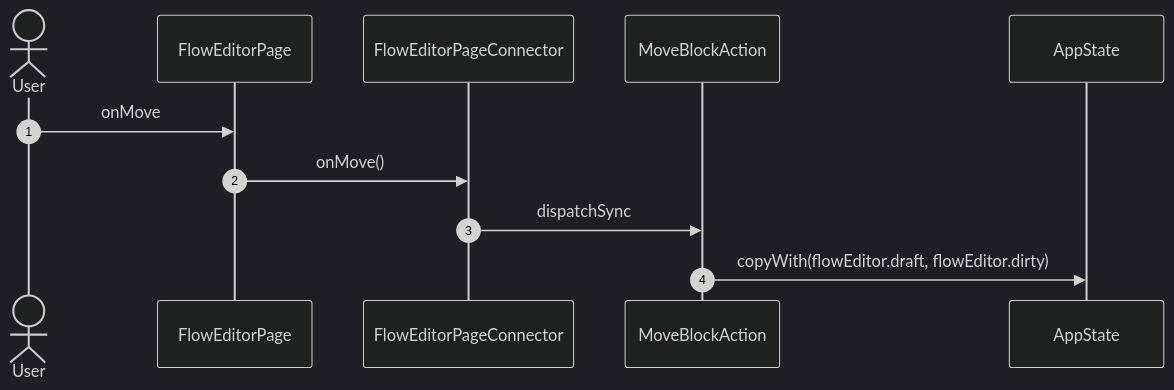
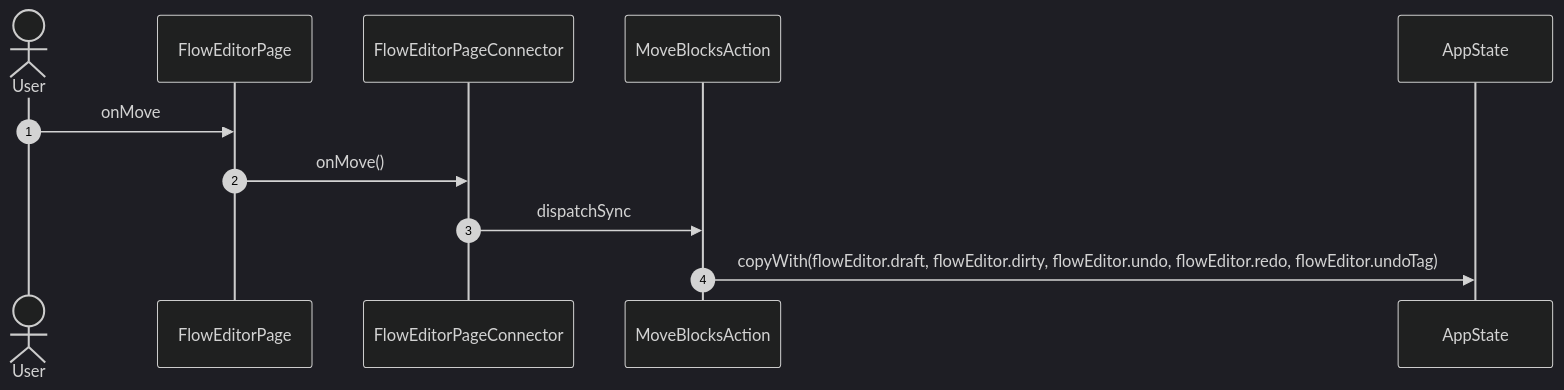
Before and after one commit to gencto/wyrm: diagram 11 of 30 in studio/docs/flows/flowEditor.md, drawn with Mermaid (dark theme). The commit also changed other lines of this file and 82 other files, not shown here.

First line of the commit message:
studio: pins, selection, clipboard, undo and shortcuts on the flow canvas

````diff
--- a/studio/docs/flows/flowEditor.md
+++ b/studio/docs/flows/flowEditor.md
@@ -213,14 +213,14 @@
 ```mermaid
 sequenceDiagram
     autonumber
     actor User
     participant UI as FlowEditorPage
     participant VM as FlowEditorPageConnector
-    participant A1 as MoveBlockAction
+    participant A1 as MoveBlocksAction
     participant ST as AppState
 
     User->>UI: onMove
     UI->>VM: onMove()
     VM->>A1: dispatchSync
-    A1->>ST: copyWith(flowEditor.draft, flowEditor.dirty)
+    A1->>ST: copyWith(flowEditor.draft, flowEditor.dirty, flowEditor.undo, flowEditor.redo, flowEditor.undoTag)
 ```
````
